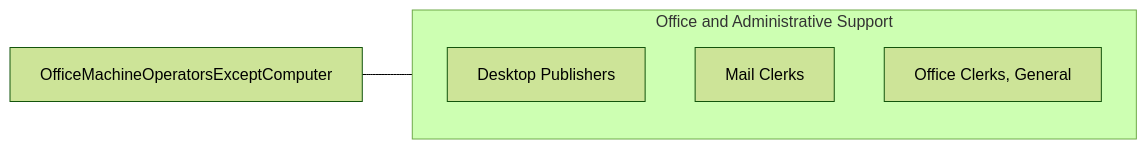
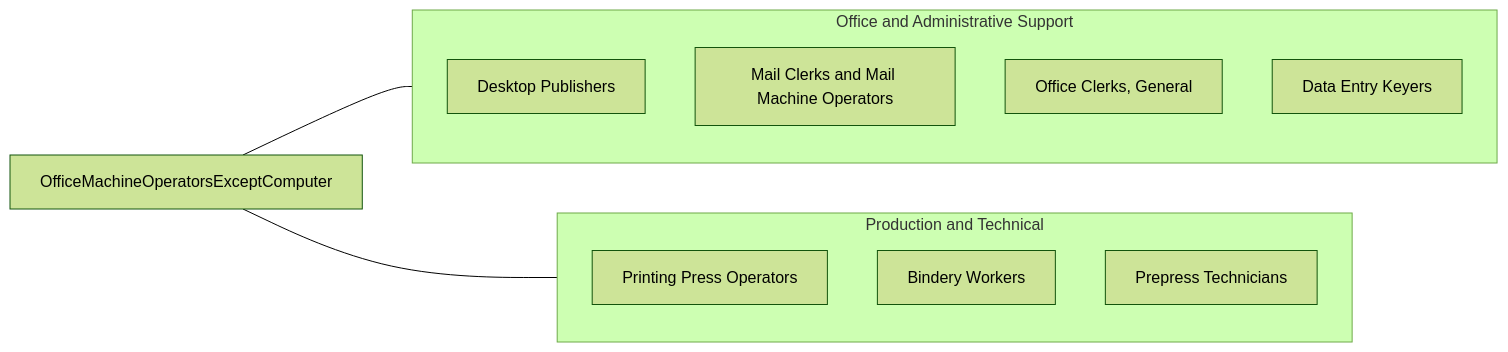
Before and after one commit to kziemski/business.org.ai: the fourth of 4 diagrams in occupations/Administrative/OfficeMachineOperatorsExceptComputer.mdx, drawn with Mermaid (forest theme). The commit also changed other lines of this file and 19 other files, not shown here.

````diff
--- a/occupations/Administrative/OfficeMachineOperatorsExceptComputer.mdx
+++ b/occupations/Administrative/OfficeMachineOperatorsExceptComputer.mdx
@@ -99,10 +257,20 @@
 ```mermaid
 graph LR
     Current["OfficeMachineOperatorsExceptComputer"]
+
     subgraph SameCategory["Office and Administrative Support"]
         RDesktopPublishers["Desktop Publishers"]
-        RMailClerks["Mail Clerks"]
+        RMailClerks["Mail Clerks and Mail Machine Operators"]
         ROfficeClerks["Office Clerks, General"]
+        RDataEntry["Data Entry Keyers"]
     end
+
+    subgraph CrossFunctional["Production and Technical"]
+        RPrintingWorkers["Printing Press Operators"]
+        RBindery["Bindery Workers"]
+        RPrepress["Prepress Technicians"]
+    end
+
     Current --- SameCategory
+    Current --- CrossFunctional
 ```
````
